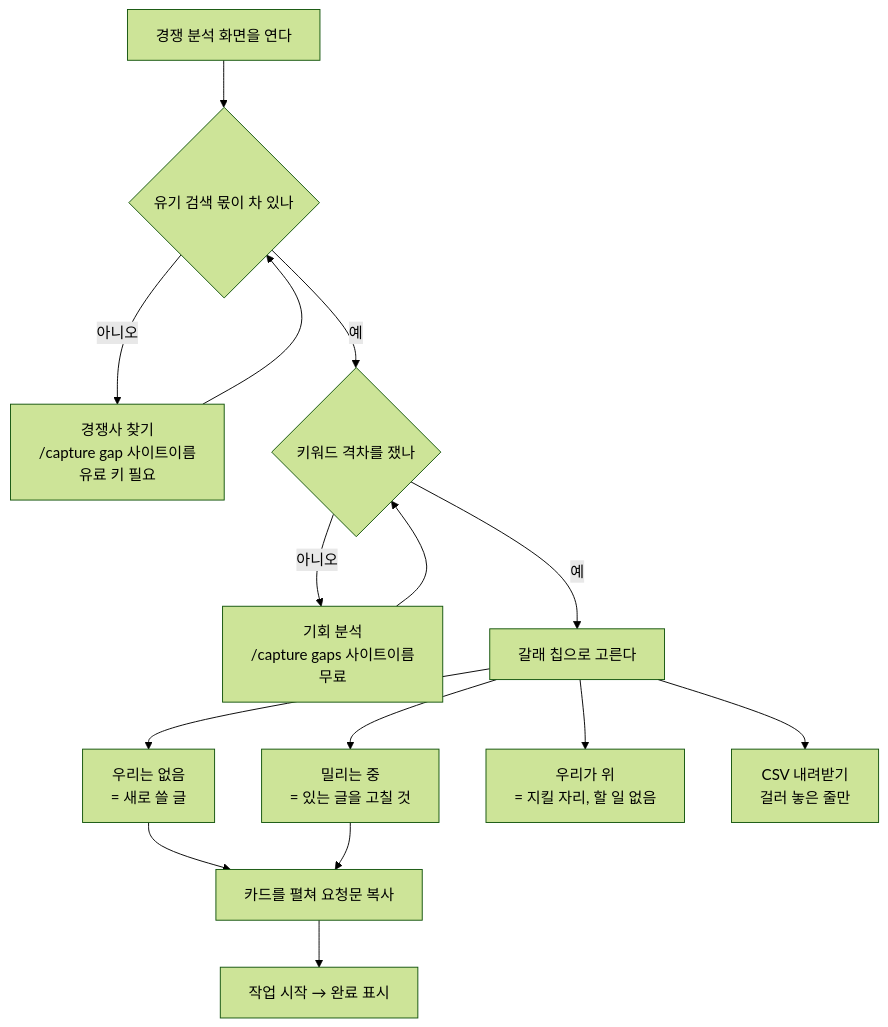
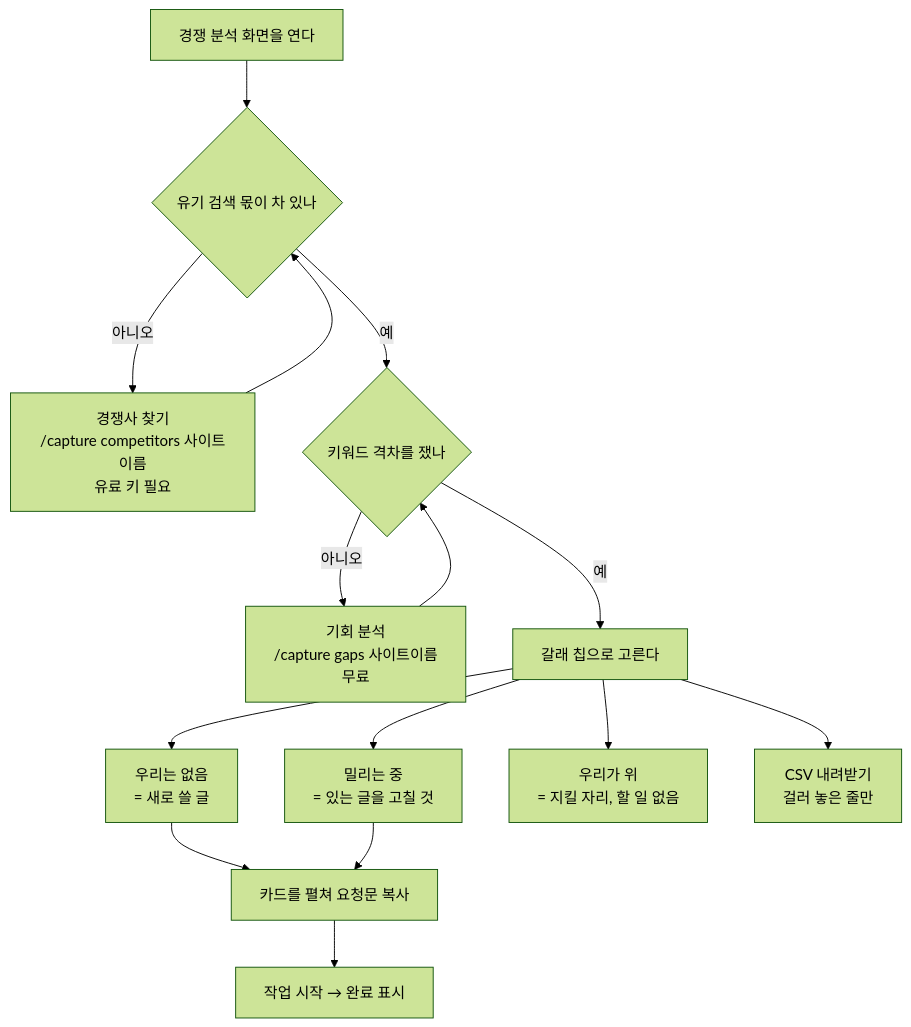
Before and after one commit to seanjr2847/seo-miner: the diagram in docs/screens/competitors.md, drawn with Mermaid (forest theme). The commit also changed other lines of this file and 30 other files, not shown here.

````diff
--- a/docs/screens/competitors.md
+++ b/docs/screens/competitors.md
@@ -119,17 +123,17 @@
 ```mermaid
 flowchart TD
   A["경쟁 분석 화면을 연다"] --> B{"유기 검색 몫이 차 있나"}
-  B -->|아니오| C["경쟁사 찾기<br/>/capture gap 사이트이름<br/>유료 키 필요"]
+  B -->|아니오| C["경쟁사 찾기<br/>/capture competitors 사이트이름<br/>유료 키 필요"]
   C --> B
   B -->|예| D{"키워드 격차를 쟀나"}
   D -->|아니오| E["기회 분석<br/>/capture gaps 사이트이름<br/>무료"]
   E --> D
   D -->|예| F["갈래 칩으로 고른다"]
   F --> G["우리는 없음<br/>= 새로 쓸 글"]
   F --> H["밀리는 중<br/>= 있는 글을 고칠 것"]
   F --> I["우리가 위<br/>= 지킬 자리, 할 일 없음"]
   G --> J["카드를 펼쳐 요청문 복사"]
   H --> J
   J --> K["작업 시작 → 완료 표시"]
   F --> L["CSV 내려받기<br/>걸러 놓은 줄만"]
 ```
````
